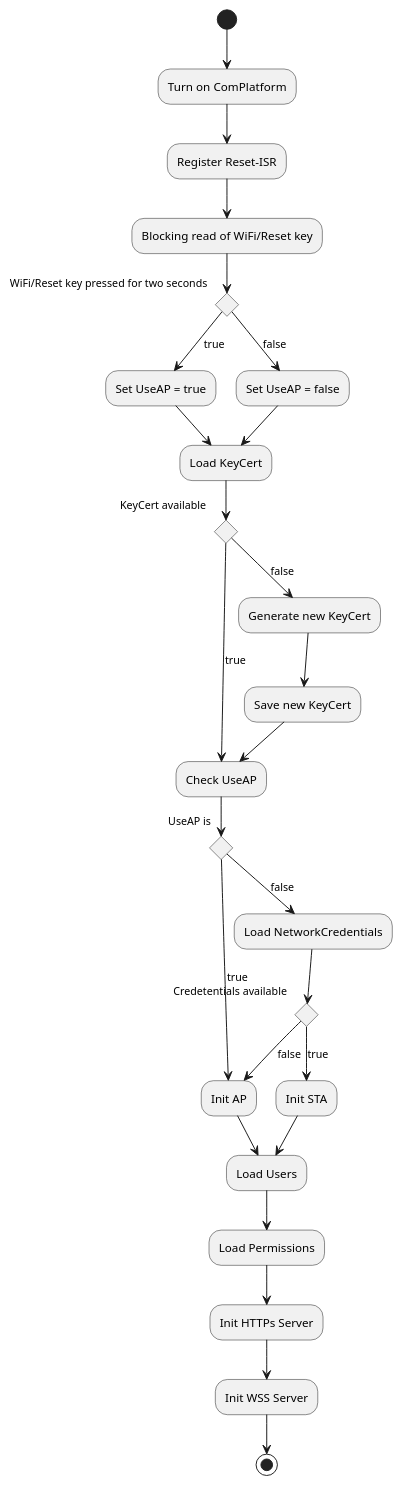
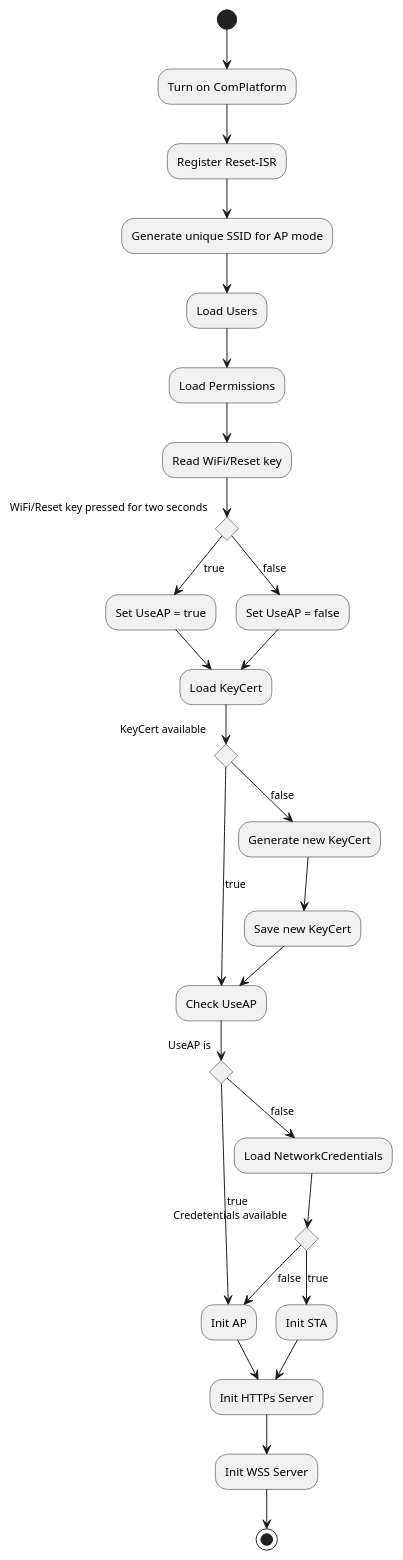
One commit to NewTec-GmbH/ZumoComSystem changed the diagram in doc/design/server/ActivityDiagrams/01_System_Init.plantuml. Above: the diagram before and after it, drawn with PlantUML. The commit also changed 10 other files, not shown here.

Commit message:
Generate unique SSIDs for AP mode with chip ID

```diff
--- a/doc/design/server/ActivityDiagrams/01_System_Init.plantuml
+++ b/doc/design/server/ActivityDiagrams/01_System_Init.plantuml
@@ -1,39 +1,40 @@
 @startuml
 (*) --> "Turn on ComPlatform"
 --> "Register Reset-ISR"
---> "Blocking read of WiFi/Reset key"
+--> "Generate unique SSID for AP mode"
+--> "Load Users"
+--> "Load Permissions"
+--> "Read WiFi/Reset key"
 
 if "WiFi/Reset key pressed for two seconds" then
 --> [true] "Set UseAP = true"
 --> "Load KeyCert" as loadkeycert
 else
 --> [false] "Set UseAP = false"
 --> loadkeycert
 endif
 
 if "KeyCert available" then
     --> [true] "Check UseAP"
 else 
     --> [false] "Generate new KeyCert"
     --> "Save new KeyCert"
     --> "Check UseAP"
 endif
 
 if "UseAP is" then
     --> [true] "Init AP" as initap
 else 
     --> [false] "Load NetworkCredentials"
     if "Credetentials available" then
         --> [true] "Init STA"
-        --> "Load Users"
+        --> "Init HTTPs Server"
     else 
         --> [false] initap
     endif
 endif
 
---> "Load Users"
---> "Load Permissions"
 --> "Init HTTPs Server"
 --> "Init WSS Server"
 --> (*)
 @enduml
```
